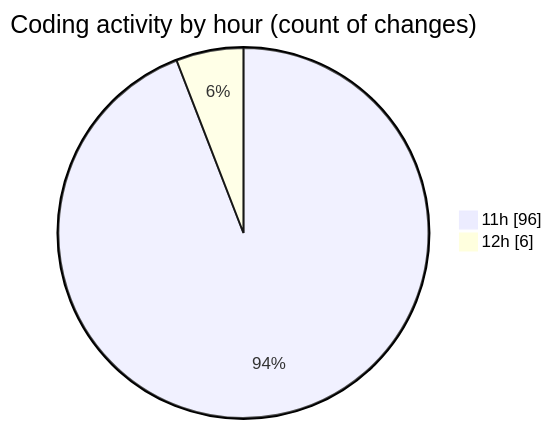
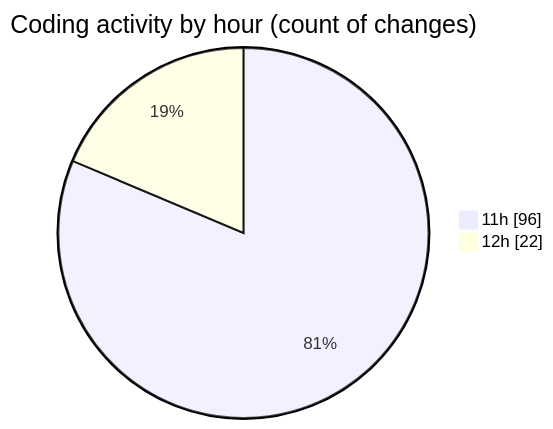
Before and after one commit to nxtqubesakshisongat/code-tracking: the second of 2 diagrams in 2026-03-16/nxtqube_webapp/README.md, drawn with Mermaid. The commit also changed other lines of this file and 1 other file, not shown here.

````diff
--- a/2026-03-16/nxtqube_webapp/README.md
+++ b/2026-03-16/nxtqube_webapp/README.md
@@ -61,6 +67,6 @@
 ```mermaid
 pie showData
 title Coding activity by hour (count of changes)
 "11h" : 96
-"12h" : 6
+"12h" : 22
 ```
````
